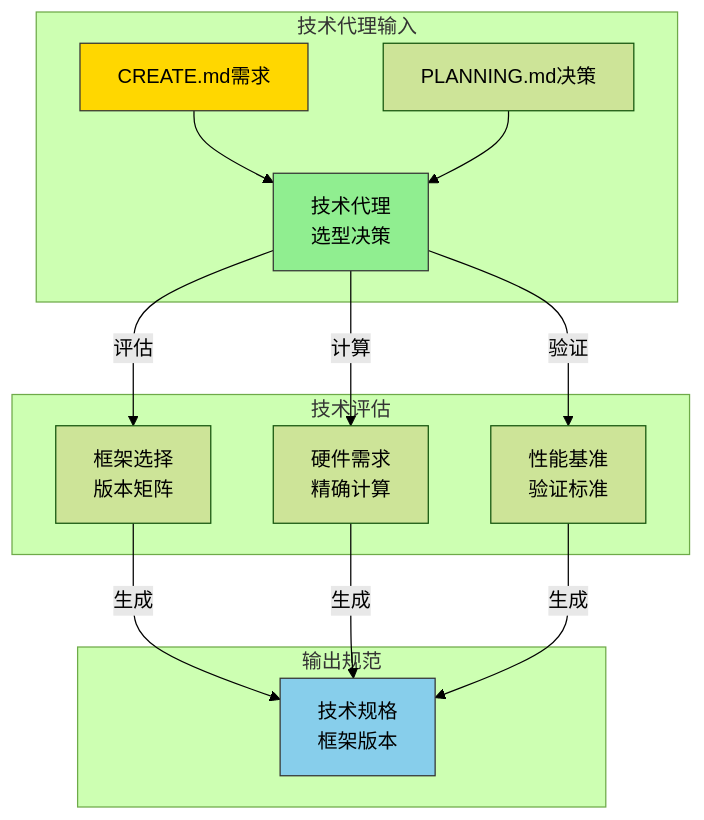
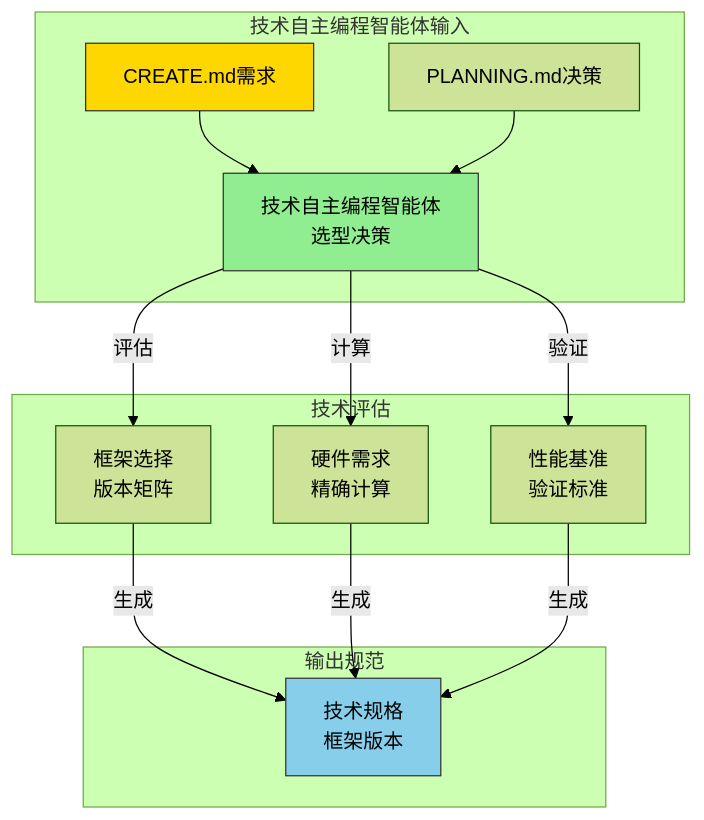
Before and after one commit to ouyangshixiong/context-engineering-zh: the diagram in ML.md, drawn with Mermaid (forest theme). The commit also changed other lines of this file and 6 other files, not shown here.

````diff
--- a/ML.md
+++ b/ML.md
@@ -15,23 +15,23 @@
 ```mermaid
 graph TD
-    subgraph 技术代理输入
-        CREATE[CREATE.md需求] --> TECH[技术代理<br/>选型决策]
+    subgraph 技术自主编程智能体输入
+        CREATE[CREATE.md需求] --> TECH[技术自主编程智能体<br/>选型决策]
         PLAN[PLANNING.md决策] --> TECH
     end
     
     subgraph 技术评估
         TECH -->|评估| FRAME[框架选择<br/>版本矩阵]
         TECH -->|计算| HARDWARE[硬件需求<br/>精确计算]
         TECH -->|验证| BENCHMARK[性能基准<br/>验证标准]
     end
     
     subgraph 输出规范
         FRAME -->|生成| SPEC[技术规格<br/>框架版本]
         HARDWARE -->|生成| SPEC
         BENCHMARK -->|生成| SPEC
     end
     
     style TECH fill:#90EE90,stroke:#333
     style CREATE fill:#FFD700,stroke:#333
     style SPEC fill:#87CEEB,stroke:#333
 ```
````
